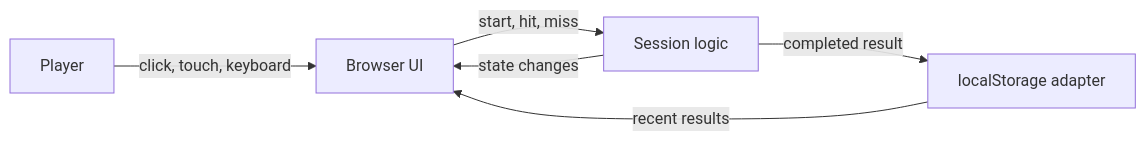
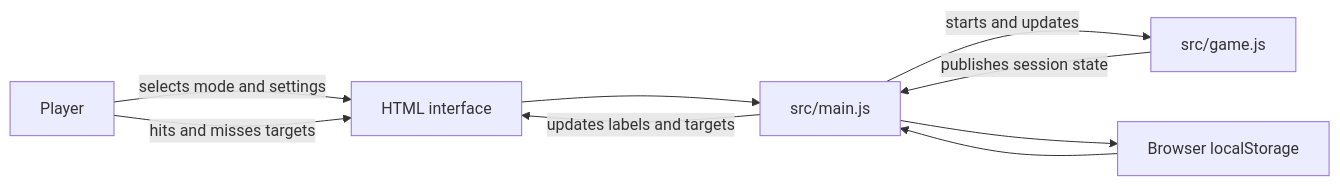
Before and after one commit to thatsdarsh2/AimTrain: the diagram in ARCHITECTURE.md, drawn with Mermaid. The commit also changed other lines of this file and 5 other files, not shown here.

````diff
--- a/ARCHITECTURE.md
+++ b/ARCHITECTURE.md
@@ -9,12 +25,11 @@
 ```mermaid
 flowchart LR
-    Player[Player] -->|click, touch, keyboard| UI[Browser UI]
-    UI -->|start, hit, miss| Game[Session logic]
-    Game -->|state changes| UI
-    Game -->|completed result| Storage[localStorage adapter]
-    Storage -->|recent results| UI
-    
-    
-    
-    
+    Player[Player] -->|selects mode and settings| UI[HTML interface]
+    Player -->|hits and misses targets| UI
+    UI --> Controller[src/main.js]
+    Controller -->|starts and updates| Session[src/game.js]
+    Session -->|publishes session state| Controller
+    Controller -->|updates labels and targets| UI
+    Controller --> Preferences[Browser localStorage]
+    Preferences --> Controller
 ```
````
